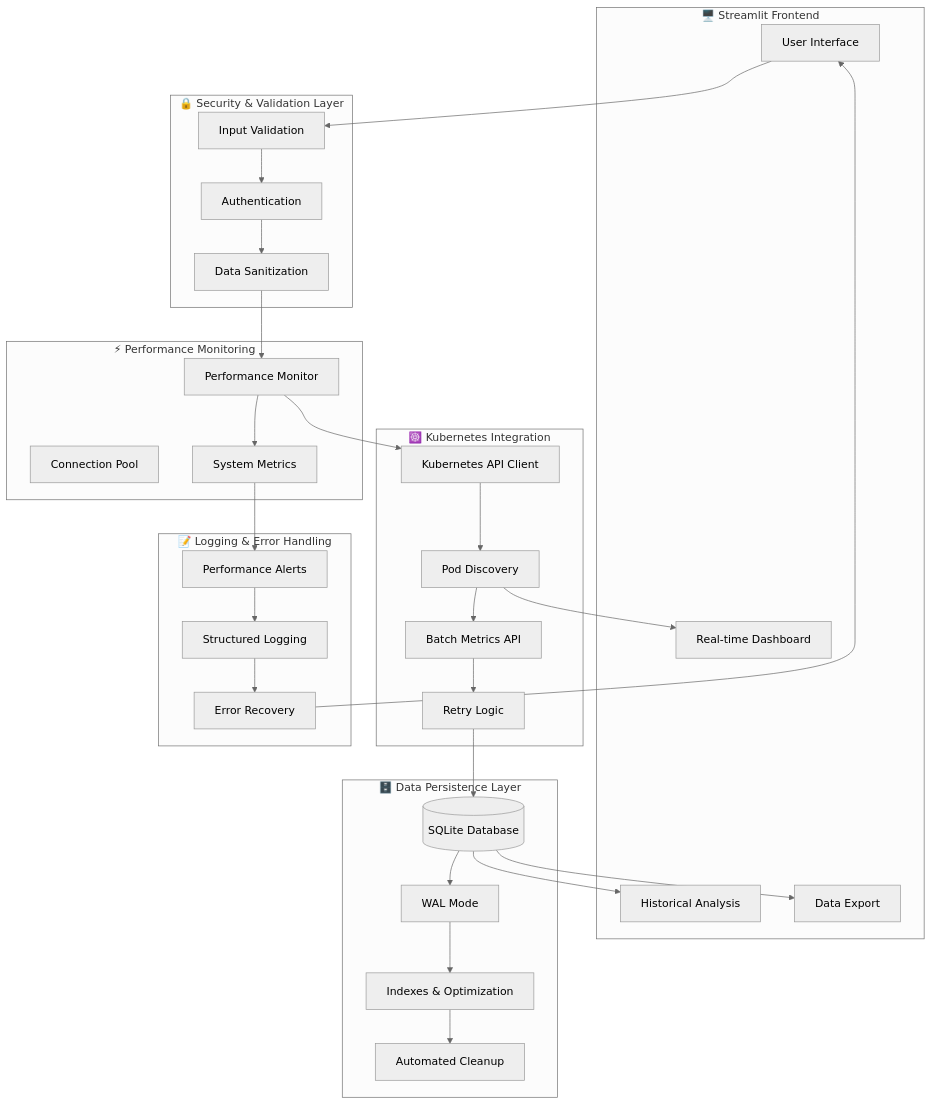
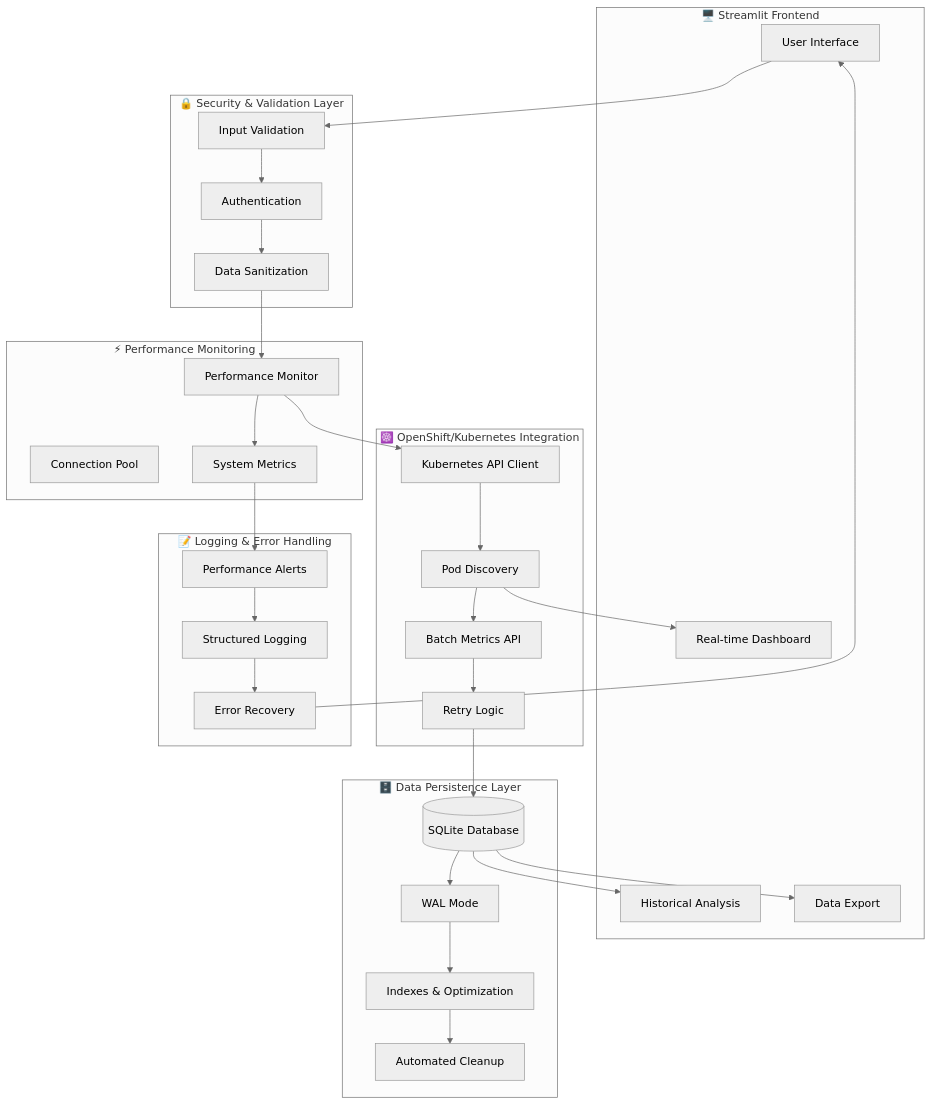
Before and after one commit to Theenathayalan-R/Resource-Monitor-App: the first of 2 diagrams in README.md, drawn with Mermaid (neutral theme). The commit also changed other lines of this file and 2 other files, not shown here.

````diff
--- a/README.md
+++ b/README.md
@@ -119,64 +119,64 @@
 ```mermaid
 graph TB
     subgraph "🖥️ Streamlit Frontend"
         UI[User Interface]
         RT[Real-time Dashboard]
         HIST[Historical Analysis]
         EXPORT[Data Export]
     end
     
     subgraph "🔒 Security & Validation Layer"
         VAL[Input Validation]
         AUTH[Authentication]
         SANITIZE[Data Sanitization]
     end
     
     subgraph "⚡ Performance Monitoring"
         PERF[Performance Monitor]
         POOL[Connection Pool]
         METRICS[System Metrics]
     end
     
-    subgraph "☸️ Kubernetes Integration"
+    subgraph "☸️ OpenShift/Kubernetes Integration"
         K8S[Kubernetes API Client]
         PODS[Pod Discovery]
         BATCH[Batch Metrics API]
         RETRY[Retry Logic]
     end
     
     subgraph "🗄️ Data Persistence Layer"
         DB[(SQLite Database)]
         WAL[WAL Mode]
         IDX[Indexes & Optimization]
         CLEANUP[Automated Cleanup]
     end
     
     subgraph "📝 Logging & Error Handling"
         LOG[Structured Logging]
         ERR[Error Recovery]
         ALERT[Performance Alerts]
     end
 
     UI --> VAL
     VAL --> AUTH
     AUTH --> SANITIZE
     SANITIZE --> PERF
     PERF --> K8S
     K8S --> PODS
     PODS --> BATCH
     BATCH --> RETRY
     RETRY --> DB
     DB --> WAL
     WAL --> IDX
     IDX --> CLEANUP
     
     PERF --> METRICS
     METRICS --> ALERT
     ALERT --> LOG
     LOG --> ERR
     ERR --> UI
     
     DB --> HIST
     DB --> EXPORT
     PODS --> RT
 ```
````
